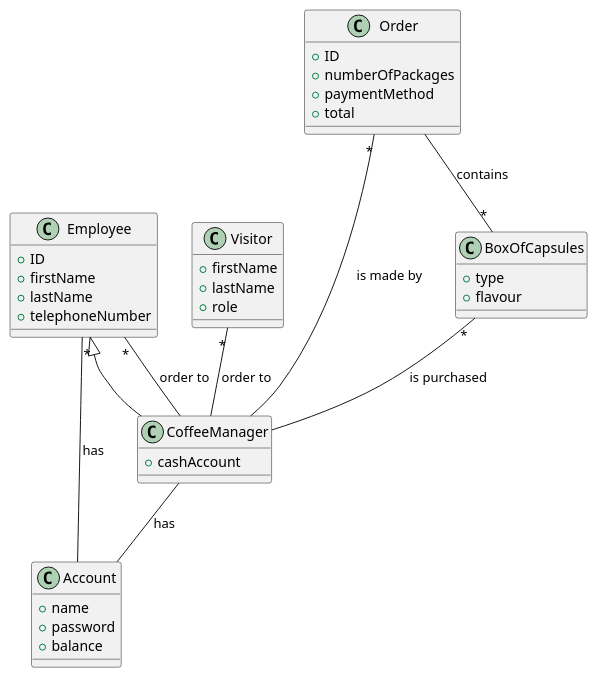
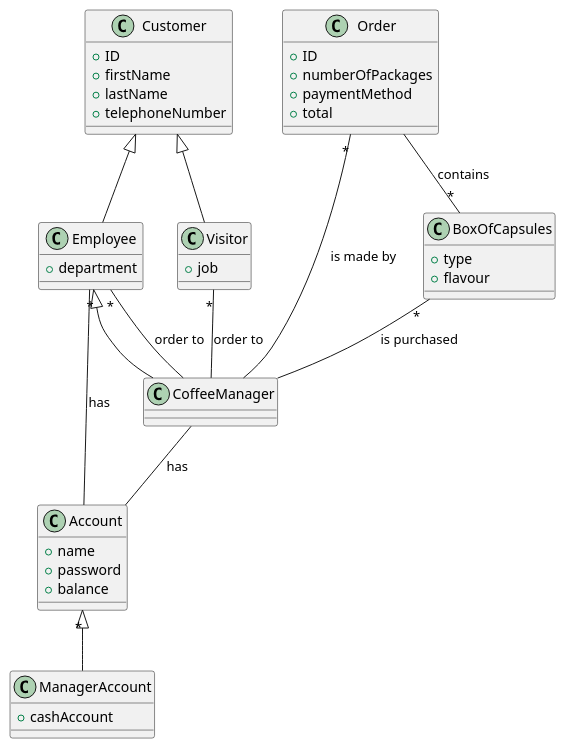
Before and after one commit to salvatore-dimartino/LaTazza: the third of 4 diagrams in templates/RequirementsTemplate.md, drawn with PlantUML.

````diff
--- a/templates/RequirementsTemplate.md
+++ b/templates/RequirementsTemplate.md
@@ -493,55 +493,62 @@
 ```plantuml
 @startuml
 
-class Employee {
-
-	+ID
+class Customer {
+    +ID
 	+firstName
 	+lastName
 	+telephoneNumber
-	
+}
+
+class Employee {
+    
+    +department
 }
 
 class Visitor {
 
-	+firstName
-	+lastName
-	+role
+    +job
 }
 
 class CoffeeManager {
-	
-	+cashAccount
+
 }
 
 class BoxOfCapsules {
 
 	+type
 	+flavour
 }
 
 class Account {
 
 	+name
 	+password
 	+balance
 }
 
 class Order {
 
 	+ID
 	+numberOfPackages
 	+paymentMethod
 	+total
 }
 
+class ManagerAccount {
+    +cashAccount
+}
+
+Customer <|-- Employee
+Customer <|-- Visitor
+Account "*" <|-- ManagerAccount
 Employee "*" <|-- CoffeeManager
 Employee "*"-- CoffeeManager : order to
 BoxOfCapsules "*" -- CoffeeManager : is purchased
 Visitor "*" -- CoffeeManager : order to
 Order "*" -- CoffeeManager : is made by
 Order -- "*" BoxOfCapsules : contains
 Employee -- Account : has
 CoffeeManager -- Account : has
 @enduml
 ```
````
